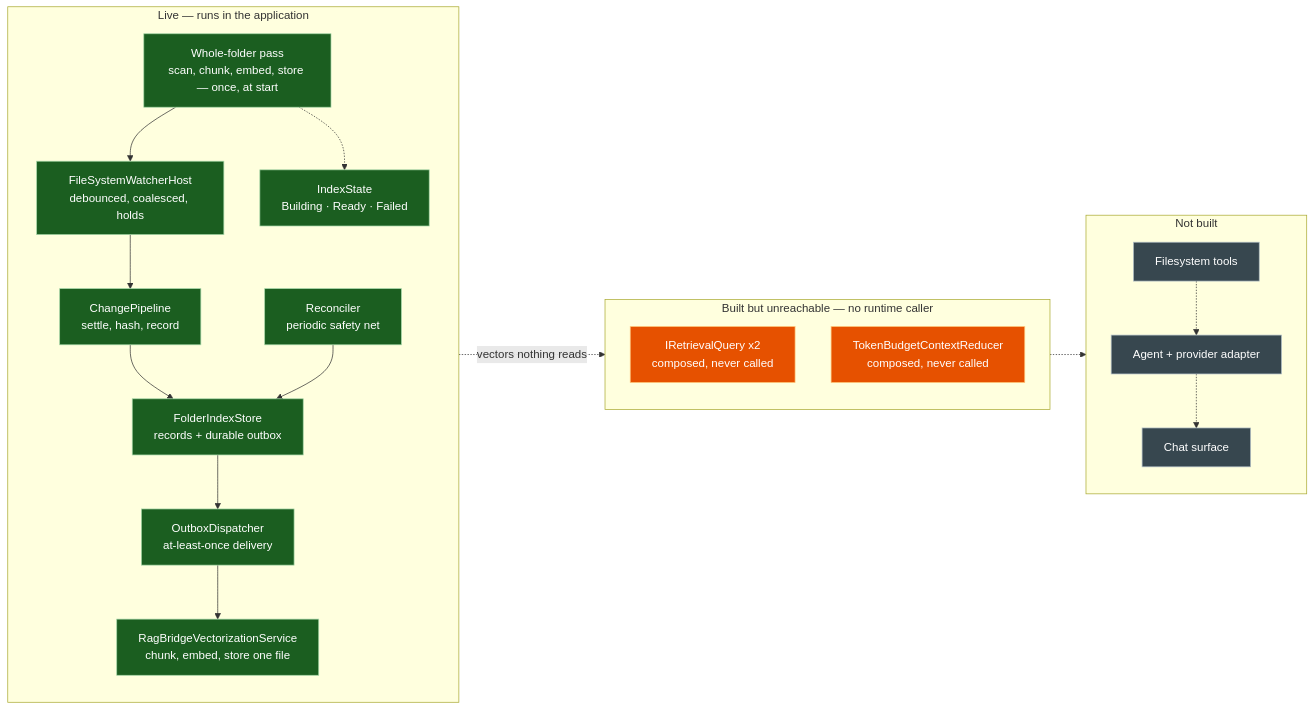
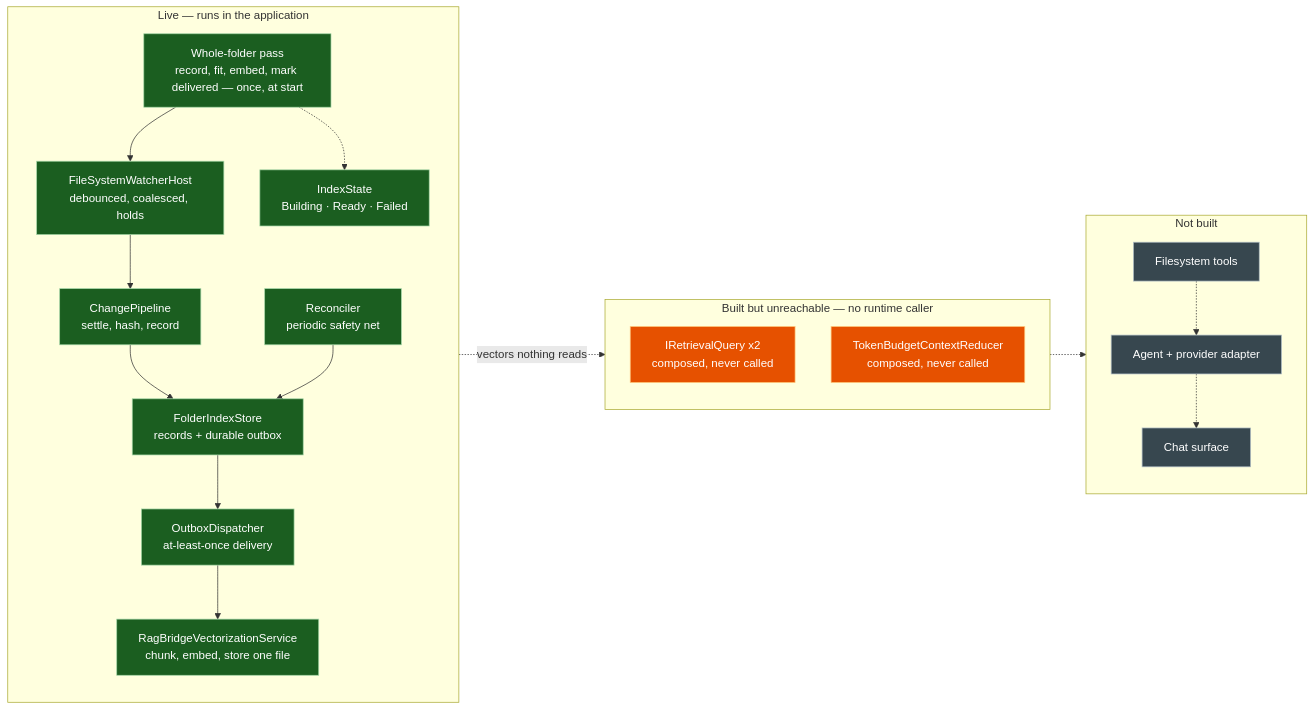
One commit to Gazizova-Olga/Folder_Assistant-local_semantic_search changed the diagram in docs/diagrams/implementation-status.md. Above: the diagram before and after it, drawn with Mermaid. The commit also changed 24 other files, not shown here.

First line of the commit message:
fix(indexing): make the store the only writer of a file's record

````diff
--- a/docs/diagrams/implementation-status.md
+++ b/docs/diagrams/implementation-status.md
@@ -10,42 +10,42 @@
 ```mermaid
 flowchart LR
     subgraph live["Live — runs in the application"]
         direction TB
-        pass["Whole-folder pass<br/>scan, chunk, embed, store — once, at start"]
+        pass["Whole-folder pass<br/>record, fit, embed, mark delivered — once, at start"]
         watch["FileSystemWatcherHost<br/>debounced, coalesced, holds"]
         reconcile["Reconciler<br/>periodic safety net"]
         pipeline["ChangePipeline<br/>settle, hash, record"]
         outbox["FolderIndexStore<br/>records + durable outbox"]
         dispatch["OutboxDispatcher<br/>at-least-once delivery"]
         bridge["RagBridgeVectorizationService<br/>chunk, embed, store one file"]
         state["IndexState<br/>Building · Ready · Failed"]
     end
 
     subgraph built["Built but unreachable — no runtime caller"]
         direction TB
         query["IRetrievalQuery x2<br/>composed, never called"]
         reducer["TokenBudgetContextReducer<br/>composed, never called"]
     end
 
     subgraph notbuilt["Not built"]
         direction TB
         tools["Filesystem tools"]
         agent["Agent + provider adapter"]
         chatui["Chat surface"]
     end
 
     pass --> watch
     watch --> pipeline --> outbox --> dispatch --> bridge
     reconcile --> outbox
     pass -.-> state
     bridge -.->|"vectors nothing reads"| query
     query -.-> tools -.-> agent -.-> chatui
 
     classDef liveCls fill:#1b5e20,stroke:#a5d6a7,color:#ffffff
     classDef builtCls fill:#e65100,stroke:#ffcc80,color:#ffffff
     classDef gapCls fill:#37474f,stroke:#b0bec5,color:#ffffff
 
     class pass,watch,reconcile,pipeline,outbox,dispatch,bridge,state liveCls
     class query,reducer builtCls
     class tools,agent,chatui gapCls
 ```
````
